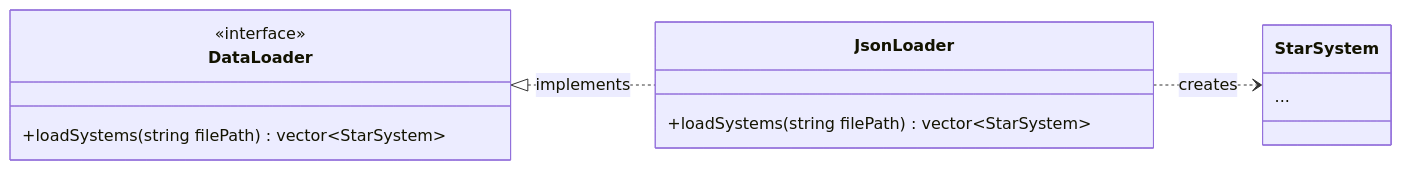
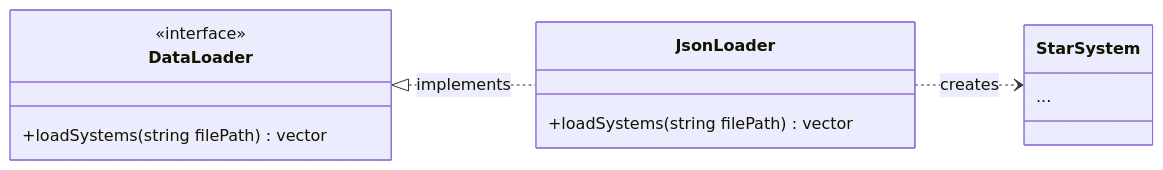
The second of 5 diagrams in docs/engine_design.md (mnaatjes/elite-dangerous-dev), drawn with Mermaid before and after one commit. The commit also changed other lines of this file and 1 other file, not shown here.

Commit message:
planning engine design - mermaid fixed

````diff
--- a/docs/engine_design.md
+++ b/docs/engine_design.md
@@ -47,16 +36,16 @@
 ```mermaid
 classDiagram
   direction LR
   class DataLoader {
     <<interface>>
-    +loadSystems(string filePath) vector~StarSystem~
+    +loadSystems(string filePath) vector<StarSystem>
   }
   class JsonLoader {
-    +loadSystems(string filePath) vector~StarSystem~
+    +loadSystems(string filePath) vector<StarSystem>
   }
   class StarSystem {
     ...
   }
   DataLoader <|.. JsonLoader : implements
   JsonLoader ..> StarSystem : creates
 ```
````
